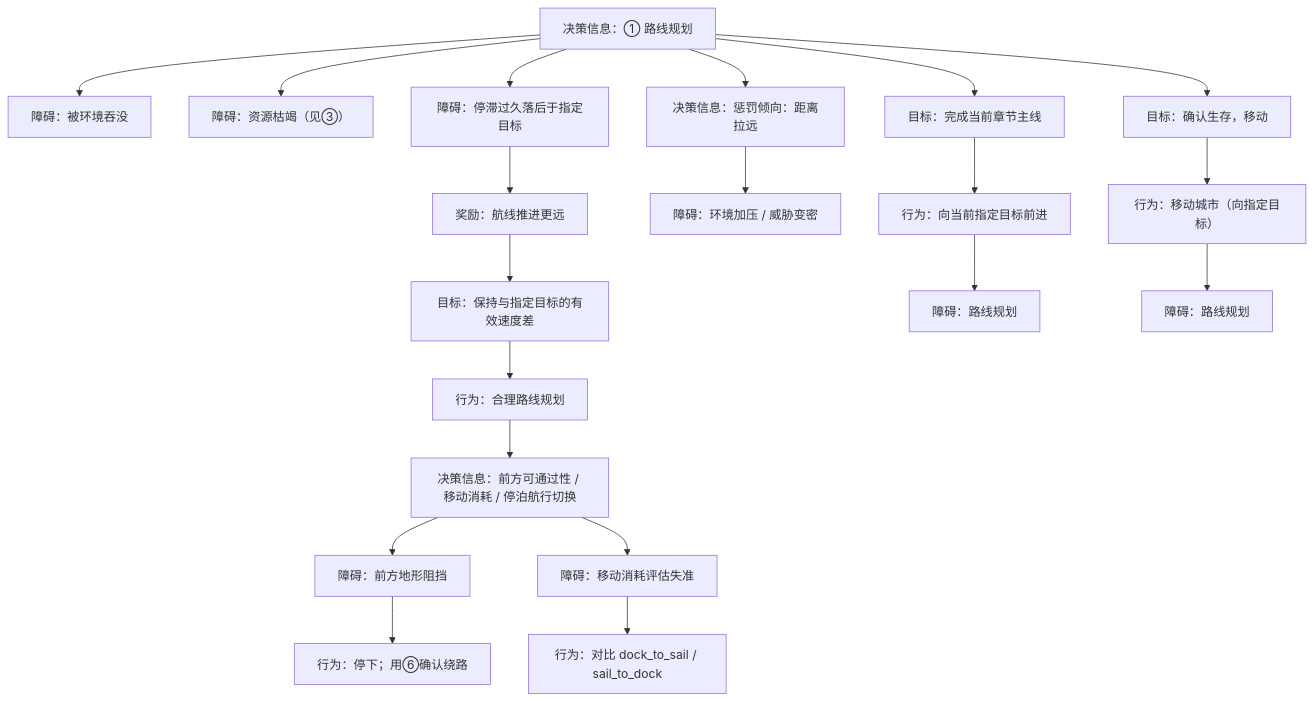
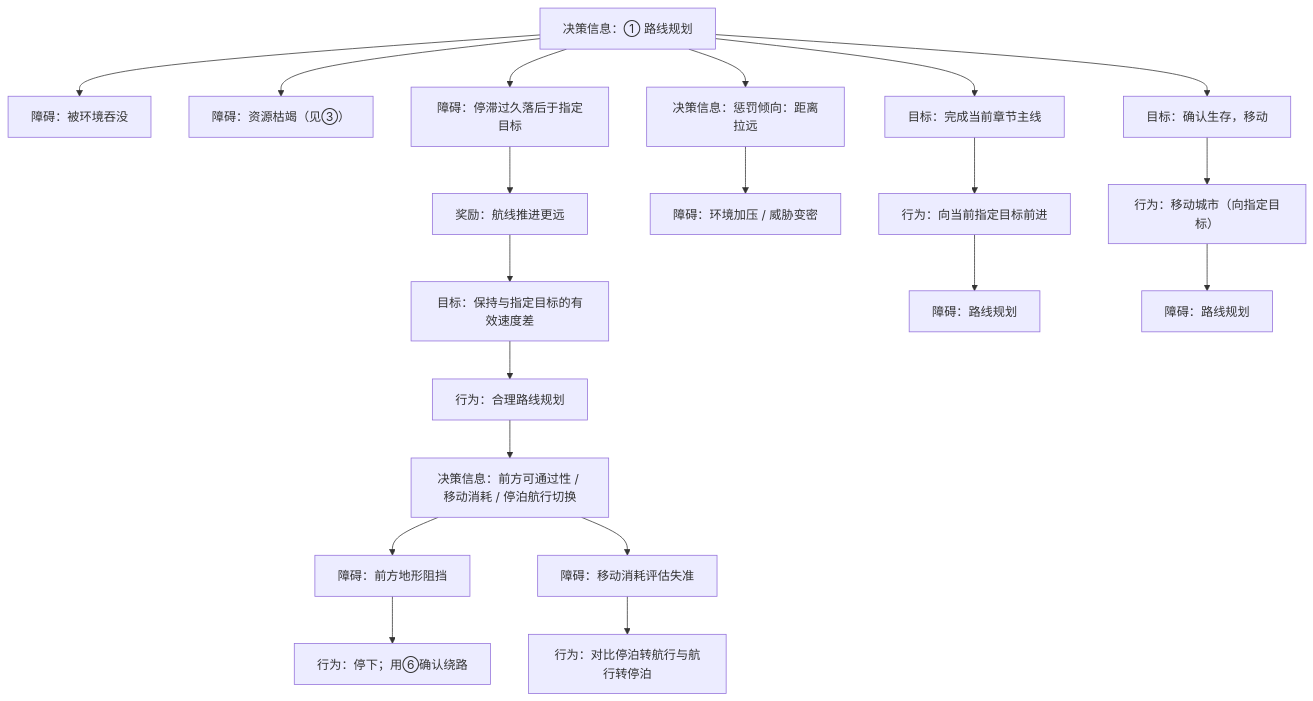
The third of 8 diagrams in Docs/01-草稿/交互链-循光之城.md (Estrella6066773/DriveToLight), drawn with Mermaid before and after one commit. The commit also changed other lines of this file and 5 other files, not shown here.

````diff
--- a/Docs/01-草稿/交互链-循光之城.md
+++ b/Docs/01-草稿/交互链-循光之城.md
@@ -409,23 +424,23 @@
 ```mermaid
 flowchart TD
   D1["决策信息：① 路线规划"]
   D1 --> O1a["障碍：被环境吞没"]
   D1 --> O1b["障碍：资源枯竭（见③）"]
   D1 --> O1c["障碍：停滞过久落后于指定目标"]
   O1c --> R1["奖励：航线推进更远"]
   R1 --> G1["目标：保持与指定目标的有效速度差"]
   G1 --> A1["行为：合理路线规划"]
   A1 --> D1a["决策信息：前方可通过性 / 移动消耗 / 停泊航行切换"]
   D1a --> O1d["障碍：前方地形阻挡"]
   D1a --> O1e["障碍：移动消耗评估失准"]
   O1d --> A1a["行为：停下；用⑥确认绕路"]
-  O1e --> A1b["行为：对比 dock_to_sail / sail_to_dock"]
+  O1e --> A1b["行为：对比停泊转航行与航行转停泊"]
   D1 --> D1pen["决策信息：惩罚倾向：距离拉远"]
   D1pen --> O1f["障碍：环境加压 / 威胁变密"]
   D1 --> G2["目标：完成当前章节主线"]
   G2 --> A2["行为：向当前指定目标前进"]
   A2 --> O_rp1["障碍：路线规划"]
   D1 --> G3["目标：确认生存，移动"]
   G3 --> A3["行为：移动城市（向指定目标）"]
   A3 --> O_rp2["障碍：路线规划"]
 ```
````
